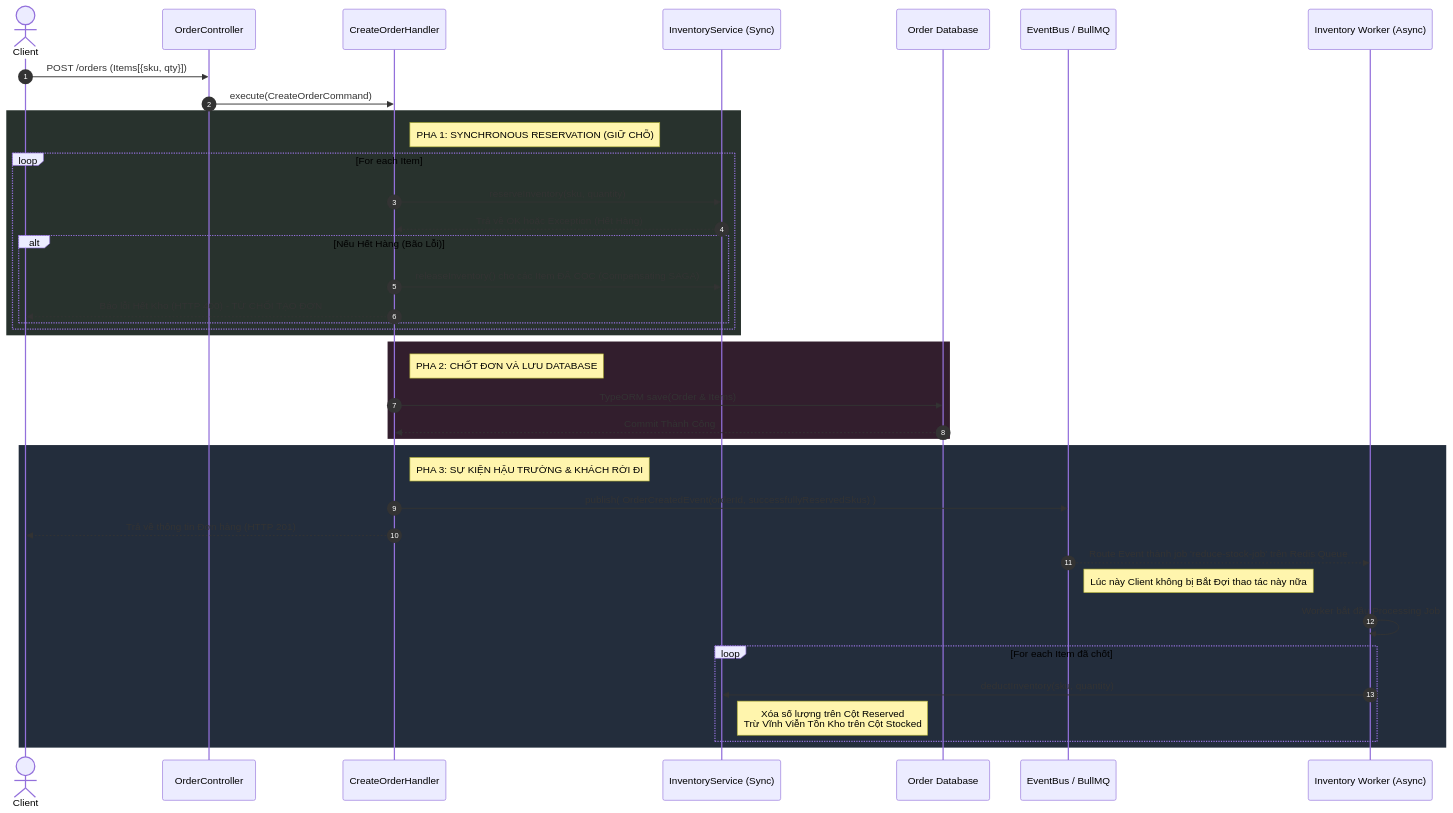
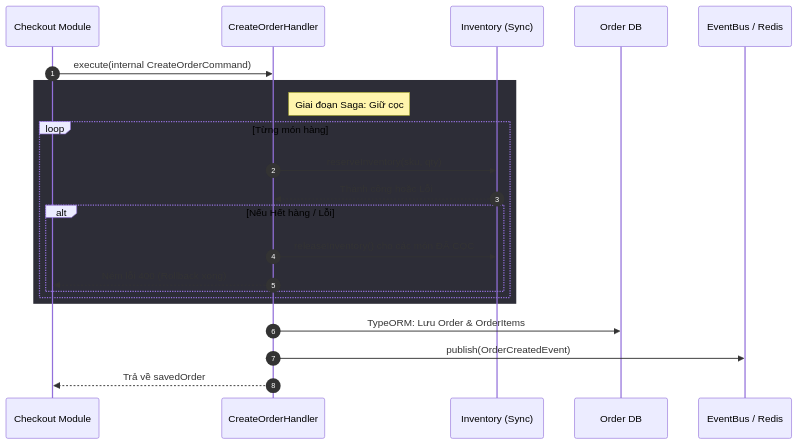
One commit to lntuanhcmus/EcommerceNestJs changed the diagram in docs/03_order_flow.md. Above: the diagram before and after it, drawn with Mermaid. The commit also changed other lines of this file and 99 other files, not shown here.

````diff
--- a/docs/03_order_flow.md
+++ b/docs/03_order_flow.md
@@ -23,48 +21,29 @@
 ```mermaid
 sequenceDiagram
     autonumber
-    actor Client
-    participant Ctrl as OrderController
+    participant Checkout as Checkout Module
     participant Handler as CreateOrderHandler
-    participant InvSrv as InventoryService (Sync)
-    participant DB as Order Database
-    participant Bus as EventBus / BullMQ
-    participant Worker as Inventory Worker (Async)
+    participant InvSrv as Inventory (Sync)
+    participant DB as Order DB
+    participant Bus as EventBus / Redis
 
-    Client->>Ctrl: POST /orders (Items[{sku, qty}])
-    Ctrl->>Handler: execute(CreateOrderCommand)
+    Checkout->>Handler: execute(internal CreateOrderCommand)
     
-    rect rgb(40, 50, 45)
-    Note right of Handler: PHA 1: SYNCHRONOUS RESERVATION (GIỮ CHỖ)
-    loop For each Item
-        Handler->>InvSrv: reserveInventory(sku, quantity)
-        InvSrv-->>Handler: Trả về OK hoặc Exception (Hết Hàng)
-        
-        alt Nếu Hết Hàng (Bão Lỗi)
-            Handler->>InvSrv: releaseInventory() cho các Item ĐÃ CỌC (Compensating SAGA)
-            Handler-->>Client: Báo lỗi Hết Kho (HTTP 400) - TỪ CHỐI TẠO ĐƠN
+    rect rgb(45, 45, 55)
+    Note right of Handler: Giai đoạn Saga: Giữ cọc
+    loop Từng món hàng
+        Handler->>InvSrv: reserveInventory(sku, qty)
+        InvSrv-->>Handler: Thành công hoặc Lỗi
+        alt Nếu Hết hàng / Lỗi
+            Handler->>InvSrv: releaseInventory() cho các món ĐÃ CỌC
+            Handler-->>Checkout: Ném lỗi 400 (Rollback xong)
         end
     end
     end
     
-    rect rgb(50, 30, 45)
-    Note right of Handler: PHA 2: CHỐT ĐƠN VÀ LƯU DATABASE
-    Handler->>DB: TypeORM save(Order & Items)
-    DB-->>Handler: Commit Thành Công
-    end
+    Handler->>DB: TypeORM: Lưu Order & OrderItems
     
-    rect rgb(35, 45, 60)
-    Note right of Handler: PHA 3: SỰ KIỆN HẬU TRƯỜNG & KHÁCH RỜI ĐI
-    Handler->>Bus: publish( OrderCreatedEvent(orderId, successfullyReservedSkus) )
-    Handler-->>Client: Trả về thông tin Đơn hàng (HTTP 201)
+    Handler->>Bus: publish(OrderCreatedEvent)
     
-    Bus-->>Worker: Route Event thành job 'reduce-stock-job' trên Redis Queue
-    Note right of Bus: Lúc này Client không bị Bắt Đợi thao tác này nữa
-    
-    Worker->>Worker: Worker bắt đầu Processing Job
-    loop For each Item đã chốt
-        Worker->>InvSrv: deductInventory(sku, quantity)
-        Note right of InvSrv: Xóa số lượng trên Cột Reserved<br>Trừ Vĩnh Viễn Tồn Kho trên Cột Stocked
-    end
-    end
+    Handler-->>Checkout: Trả về savedOrder
 ```
````
